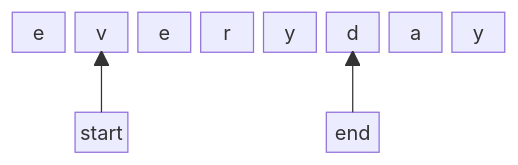
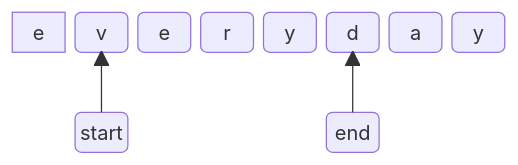
Before and after one commit to wdyjwdy/blog-mono: the fourth of 4 diagrams in apps/blog/pages/docs/js/string.mdx, drawn with Mermaid. The commit also changed other lines of this file and 21 other files, not shown here.

````diff
--- a/apps/blog/pages/docs/js/string.mdx
+++ b/apps/blog/pages/docs/js/string.mdx
@@ -154,13 +151,12 @@
 ```mermaid
 block-beta
   columns 8
-  a["e"] b["v"] c["e"] d["r"] e["y"] f["d"] g["a"] h["y"]
+  a("e"] b("v") c("e") d("r") e("y") f("d") g("a") h("y")
   space:8
-  space A["start"] space space space B["end"]
+  space A("start") space space space B("end")
 A --> b
 B --> f
 
 class b,c,d,e Red
-class a,f,g,h White
 class A,B Text
 ```
````
